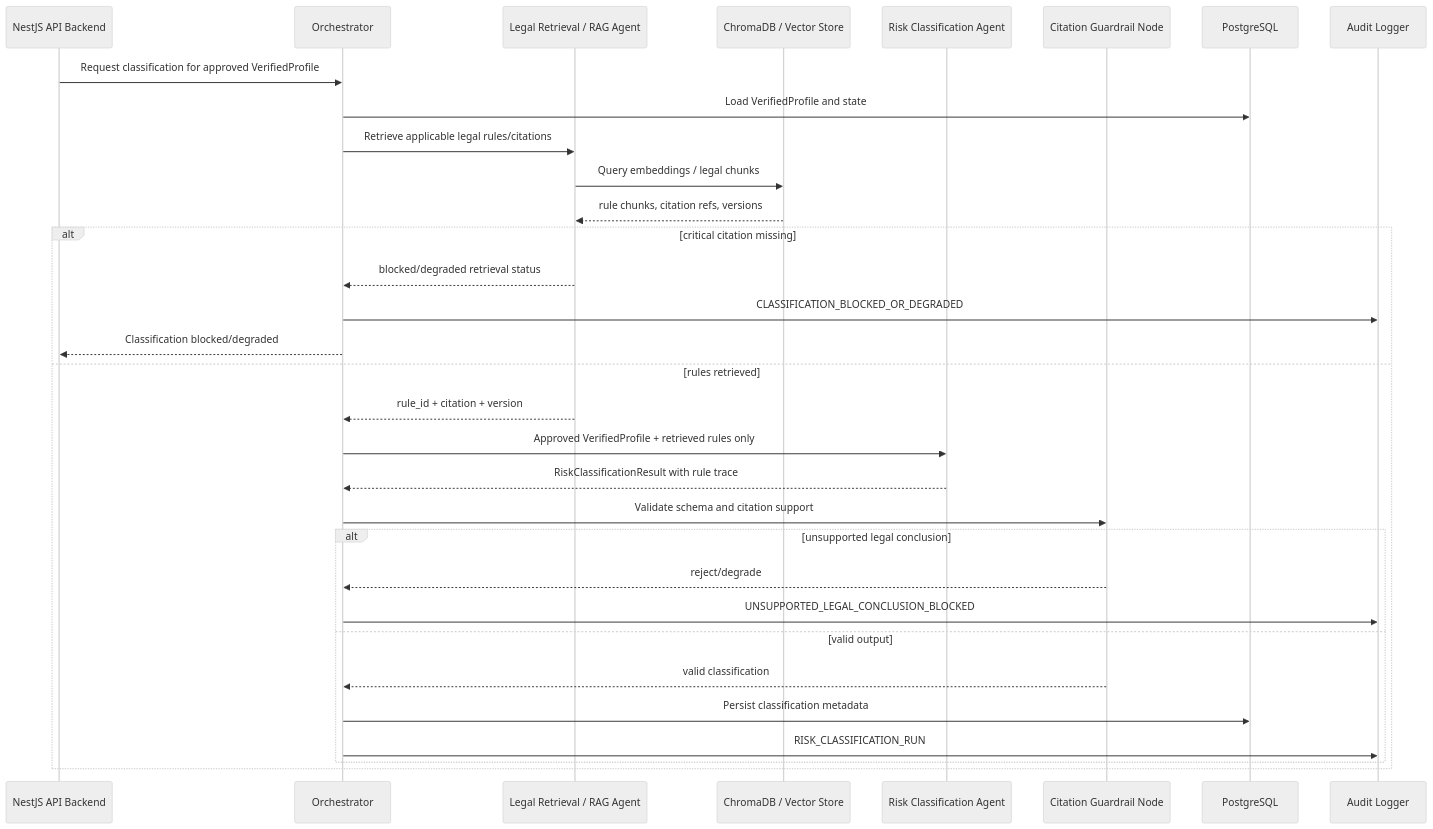
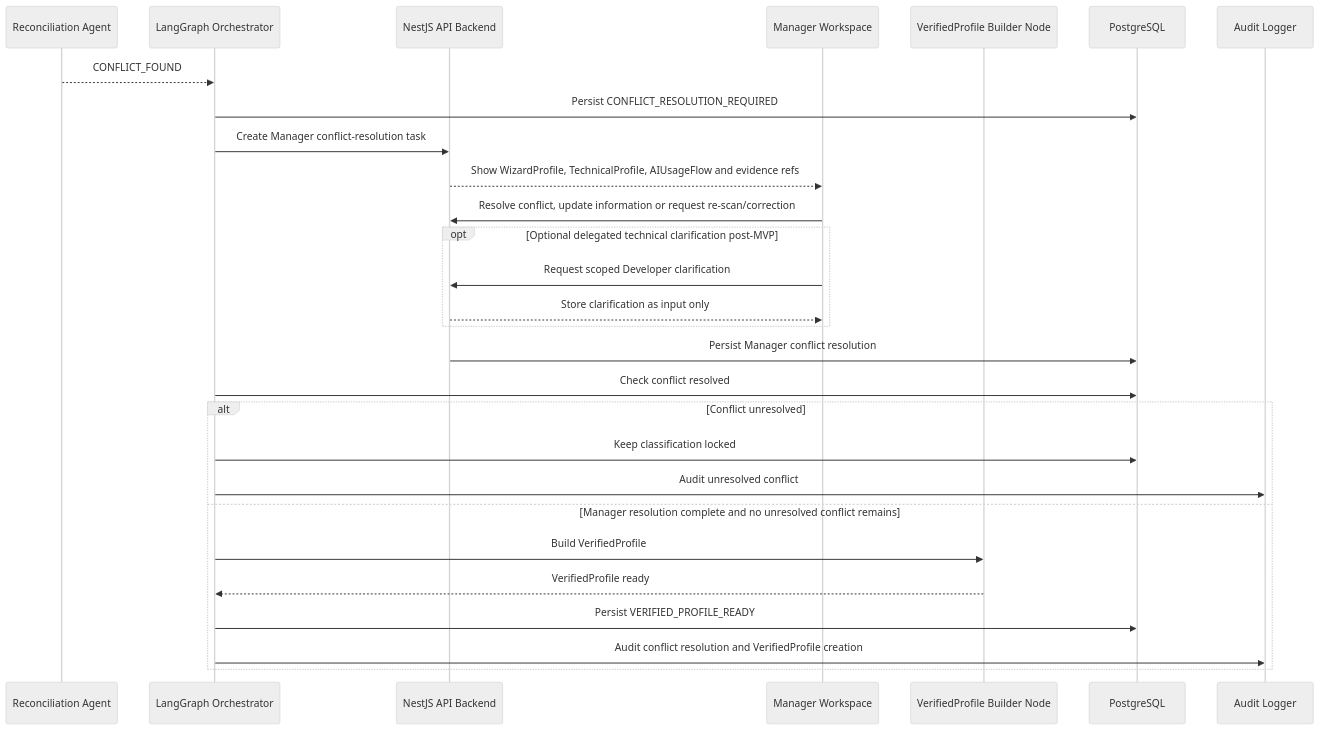
One commit to khovan123/LCSP changed the seventh of 8 diagrams in docs/architecture/multi-agent-system-architecture.md. Above: the diagram before and after it, drawn with Mermaid (neutral theme). The commit also changed other lines of this file and 122 other files, not shown here.

````diff
--- a/docs/architecture/multi-agent-system-architecture.md
+++ b/docs/architecture/multi-agent-system-architecture.md
@@ -286,34 +700,31 @@
 ```mermaid
 sequenceDiagram
-  participant API as NestJS API Backend
-  participant ORC as Orchestrator
-  participant RAG as Legal Retrieval / RAG Agent
-  participant VS as ChromaDB / Vector Store
-  participant CLS as Risk Classification Agent
-  participant Guard as Citation Guardrail Node
-  participant PG as PostgreSQL
-  participant Audit as Audit Logger
-  API->>ORC: Request classification for approved VerifiedProfile
-  ORC->>PG: Load VerifiedProfile and state
-  ORC->>RAG: Retrieve applicable legal rules/citations
-  RAG->>VS: Query embeddings / legal chunks
-  VS-->>RAG: rule chunks, citation refs, versions
-  alt critical citation missing
-    RAG-->>ORC: blocked/degraded retrieval status
-    ORC->>Audit: CLASSIFICATION_BLOCKED_OR_DEGRADED
-    ORC-->>API: Classification blocked/degraded
-  else rules retrieved
-    RAG-->>ORC: rule_id + citation + version
-    ORC->>CLS: Approved VerifiedProfile + retrieved rules only
-    CLS-->>ORC: RiskClassificationResult with rule trace
-    ORC->>Guard: Validate schema and citation support
-    alt unsupported legal conclusion
-      Guard-->>ORC: reject/degrade
-      ORC->>Audit: UNSUPPORTED_LEGAL_CONCLUSION_BLOCKED
-    else valid output
-      Guard-->>ORC: valid classification
-      ORC->>PG: Persist classification metadata
-      ORC->>Audit: RISK_CLASSIFICATION_RUN
+    participant RA as Reconciliation Agent
+    participant O as LangGraph Orchestrator
+    participant API as NestJS API Backend
+    participant M as Manager Workspace
+    participant VP as VerifiedProfile Builder Node
+    participant DB as PostgreSQL
+    participant AU as Audit Logger
+
+    RA-->>O: CONFLICT_FOUND
+    O->>DB: Persist CONFLICT_RESOLUTION_REQUIRED
+    O->>API: Create Manager conflict-resolution task
+    API-->>M: Show WizardProfile, TechnicalProfile, AIUsageFlow and evidence refs
+    M->>API: Resolve conflict, update information or request re-scan/correction
+    opt Optional delegated technical clarification post-MVP
+        M->>API: Request scoped Developer clarification
+        API-->>M: Store clarification as input only
     end
-  end
+    API->>DB: Persist Manager conflict resolution
+    O->>DB: Check conflict resolved
+    alt Conflict unresolved
+        O->>DB: Keep classification locked
+        O->>AU: Audit unresolved conflict
+    else Manager resolution complete and no unresolved conflict remains
+        O->>VP: Build VerifiedProfile
+        VP-->>O: VerifiedProfile ready
+        O->>DB: Persist VERIFIED_PROFILE_READY
+        O->>AU: Audit conflict resolution and VerifiedProfile creation
+    end
 ```
````
